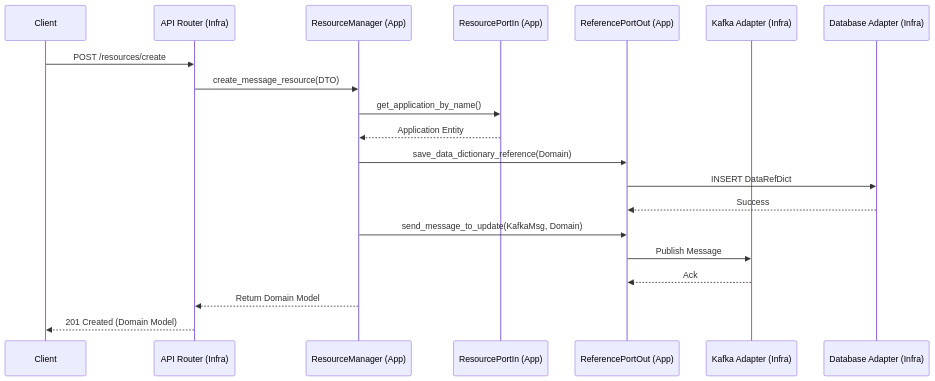
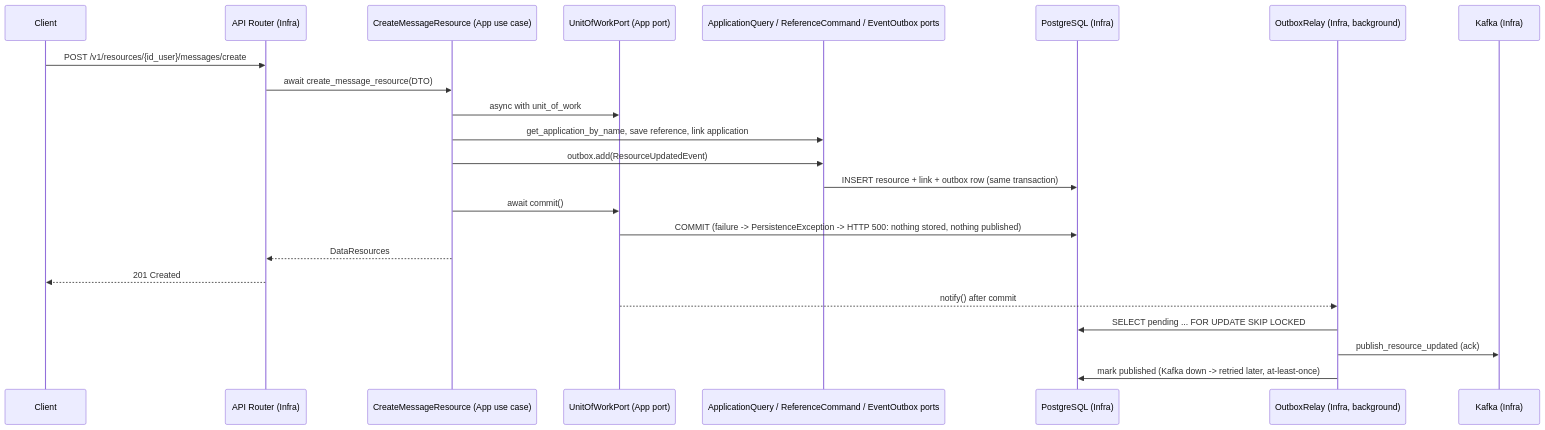
One commit to AgustinRT/resources_orchester changed the diagram in README.md. Above: the diagram before and after it, drawn with Mermaid. The commit also changed other lines of this file, not shown here.

````diff
--- a/README.md
+++ b/README.md
@@ -72,23 +74,26 @@
 ```mermaid
 sequenceDiagram
     participant Client
     participant API as API Router (Infra)
-    participant Service as ResourceManager (App)
-    participant PortIn as ResourcePortIn (App)
-    participant PortOut as ReferencePortOut (App)
-    participant Kafka as Kafka Adapter (Infra)
-    participant DB as Database Adapter (Infra)
+    participant UC as CreateMessageResource (App use case)
+    participant UoW as UnitOfWorkPort (App port)
+    participant Ports as ApplicationQuery / ReferenceCommand / EventOutbox ports
+    participant DB as PostgreSQL (Infra)
+    participant Relay as OutboxRelay (Infra, background)
+    participant Kafka as Kafka (Infra)
 
-    Client->>API: POST /resources/create
-    API->>Service: create_message_resource(DTO)
-    Service->>PortIn: get_application_by_name()
-    PortIn-->>Service: Application Entity
-    Service->>PortOut: save_data_dictionary_reference(Domain)
-    PortOut->>DB: INSERT DataRefDict
-    DB-->>PortOut: Success
-    Service->>PortOut: send_message_to_update(KafkaMsg, Domain)
-    PortOut->>Kafka: Publish Message
-    Kafka-->>PortOut: Ack
-    Service-->>API: Return Domain Model
-    API-->>Client: 201 Created (Domain Model)
+    Client->>API: POST /v1/resources/{id_user}/messages/create
+    API->>UC: await create_message_resource(DTO)
+    UC->>UoW: async with unit_of_work
+    UC->>Ports: get_application_by_name, save reference, link application
+    UC->>Ports: outbox.add(ResourceUpdatedEvent)
+    Ports->>DB: INSERT resource + link + outbox row (same transaction)
+    UC->>UoW: await commit()
+    UoW->>DB: COMMIT (failure -> PersistenceException -> HTTP 500: nothing stored, nothing published)
+    UC-->>API: DataResources
+    API-->>Client: 201 Created
+    UoW-->>Relay: notify() after commit
+    Relay->>DB: SELECT pending ... FOR UPDATE SKIP LOCKED
+    Relay->>Kafka: publish_resource_updated (ack)
+    Relay->>DB: mark published (Kafka down -> retried later, at-least-once)
 ```
````
